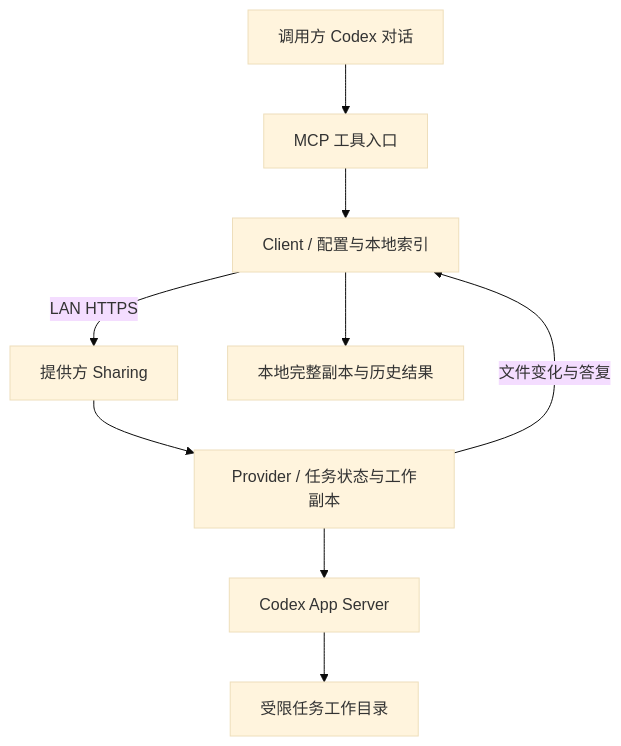
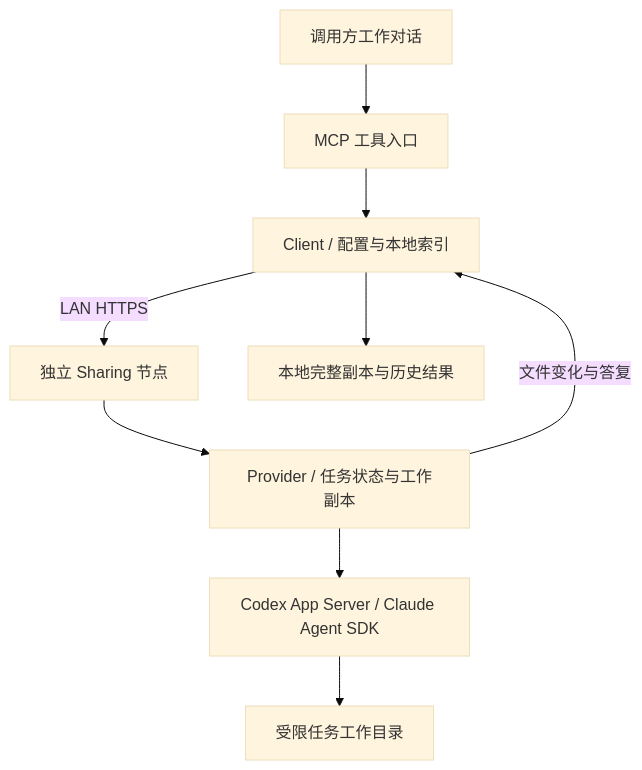
One commit to mekoand/sub2sub changed the diagram in docs/architecture.md. Above: the diagram before and after it, drawn with Mermaid (base theme). The commit also changed other lines of this file and 44 other files, not shown here.

First line of the commit message:
Run independent nodes with Claude execution and Codex quota (#14)

````diff
--- a/docs/architecture.md
+++ b/docs/architecture.md
@@ -7,11 +7,11 @@
 ```mermaid
 flowchart TB
-    U[调用方 Codex 对话] --> M[MCP 工具入口]
+    U[调用方工作对话] --> M[MCP 工具入口]
     M --> C[Client / 配置与本地索引]
-    C -->|LAN HTTPS| S[提供方 Sharing]
+    C -->|LAN HTTPS| S[独立 Sharing 节点]
     S --> P[Provider / 任务状态与工作副本]
-    P --> A[Codex App Server]
+    P --> A[Codex App Server / Claude Agent SDK]
     A --> W[受限任务工作目录]
     P -->|文件变化与答复| C
     C --> L[本地完整副本与历史结果]
 ```
````
